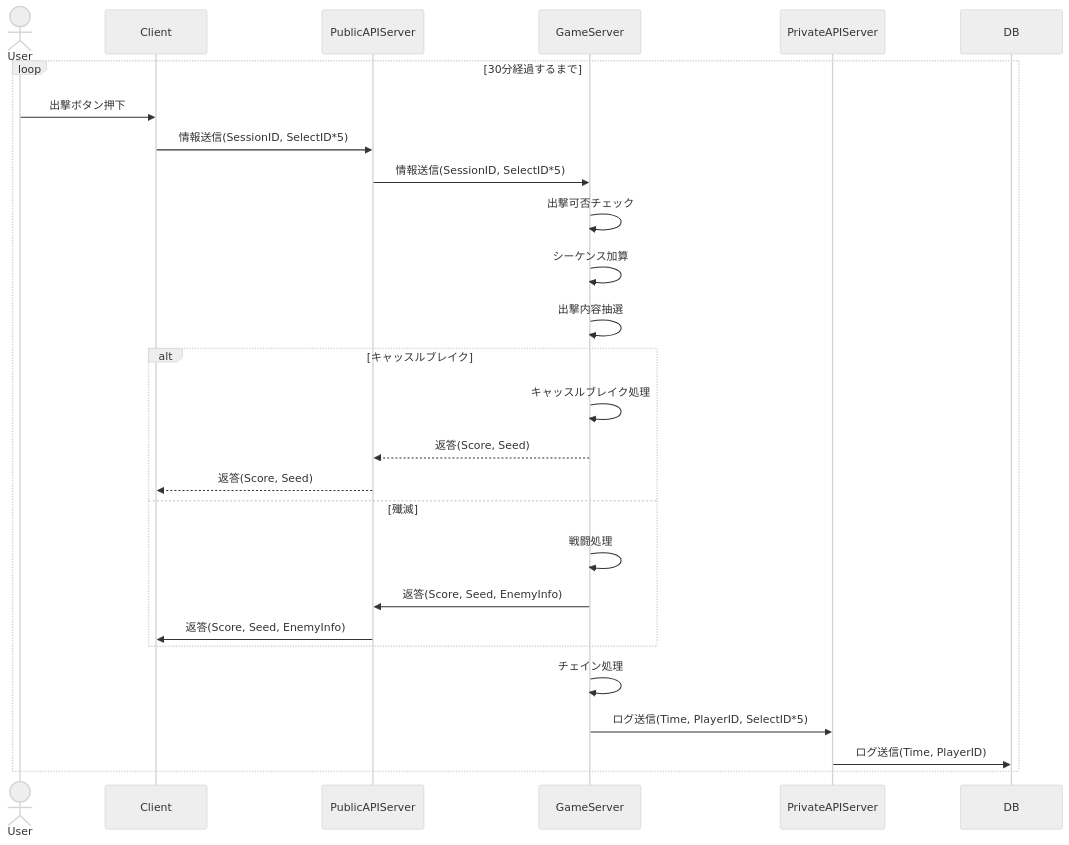
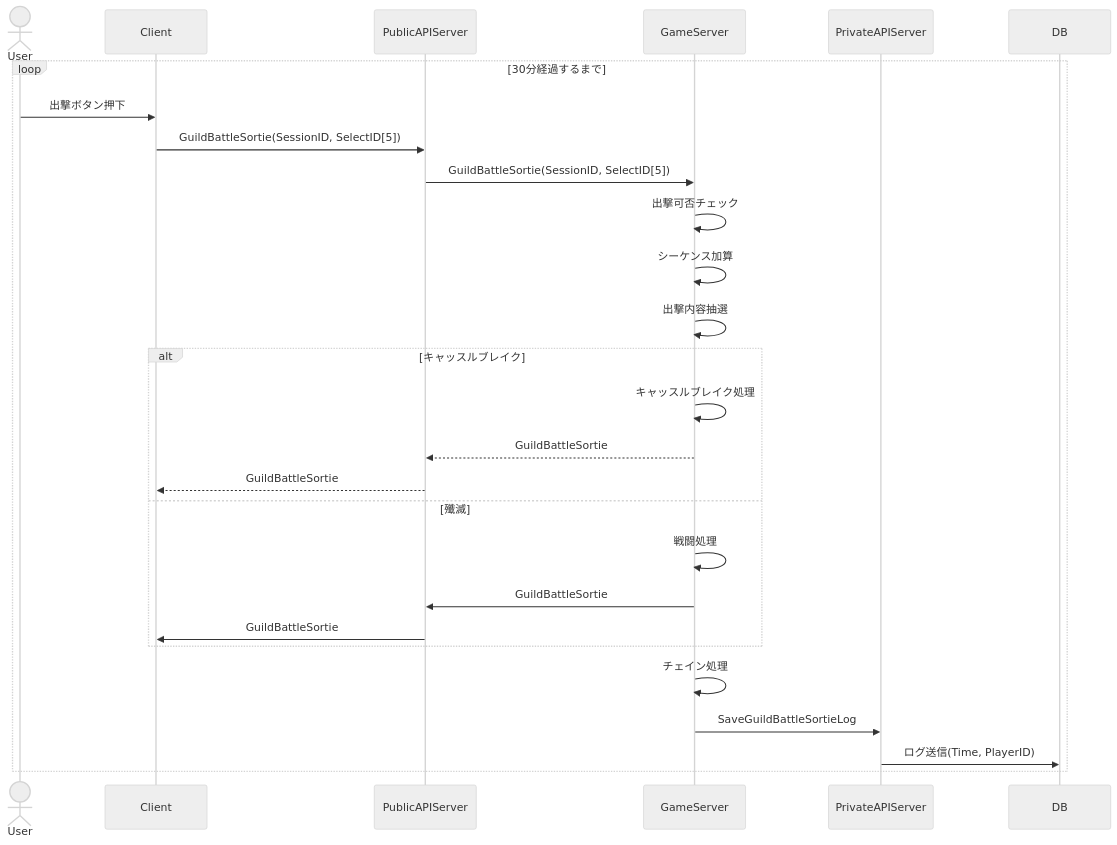
The seventh of 17 diagrams in guild_battle.md (ReHydrangeaOdyssey/Specifications), drawn with Mermaid (neutral theme) before and after one commit. The commit also changed other lines of this file and 15 other files, not shown here.

````diff
--- a/guild_battle.md
+++ b/guild_battle.md
@@ -631,33 +651,33 @@
 ```mermaid
 sequenceDiagram
     actor User
     participant Client
     participant PublicAPIServer
     participant GameServer
     participant PrivateAPIServer
     participant DB
 
     loop 30分経過するまで
         User ->> Client: 出撃ボタン押下
-        Client ->> PublicAPIServer: 情報送信(SessionID, SelectID*5)
-        PublicAPIServer ->> GameServer: 情報送信(SessionID, SelectID*5)
+        Client ->> PublicAPIServer: GuildBattleSortie(SessionID, SelectID[5])
+        PublicAPIServer ->> GameServer: GuildBattleSortie(SessionID, SelectID[5])
         GameServer ->> GameServer: 出撃可否チェック
         GameServer ->> GameServer: シーケンス加算
         GameServer ->> GameServer: 出撃内容抽選
 
         alt キャッスルブレイク
             GameServer ->> GameServer: キャッスルブレイク処理
-            GameServer -->> PublicAPIServer: 返答(Score, Seed)
-            PublicAPIServer -->> Client: 返答(Score, Seed)
+            GameServer -->> PublicAPIServer: GuildBattleSortie
+            PublicAPIServer -->> Client: GuildBattleSortie
         else 殲滅
             GameServer ->> GameServer: 戦闘処理
-            GameServer ->> PublicAPIServer: 返答(Score, Seed, EnemyInfo)
-            PublicAPIServer ->> Client: 返答(Score, Seed, EnemyInfo)
+            GameServer ->> PublicAPIServer: GuildBattleSortie
+            PublicAPIServer ->> Client: GuildBattleSortie
         end
 
         GameServer ->> GameServer: チェイン処理
 
-        GameServer ->> PrivateAPIServer: ログ送信(Time, PlayerID, SelectID*5)
+        GameServer ->> PrivateAPIServer: SaveGuildBattleSortieLog
         PrivateAPIServer ->> DB: ログ送信(Time, PlayerID)
     end
 ```
````
